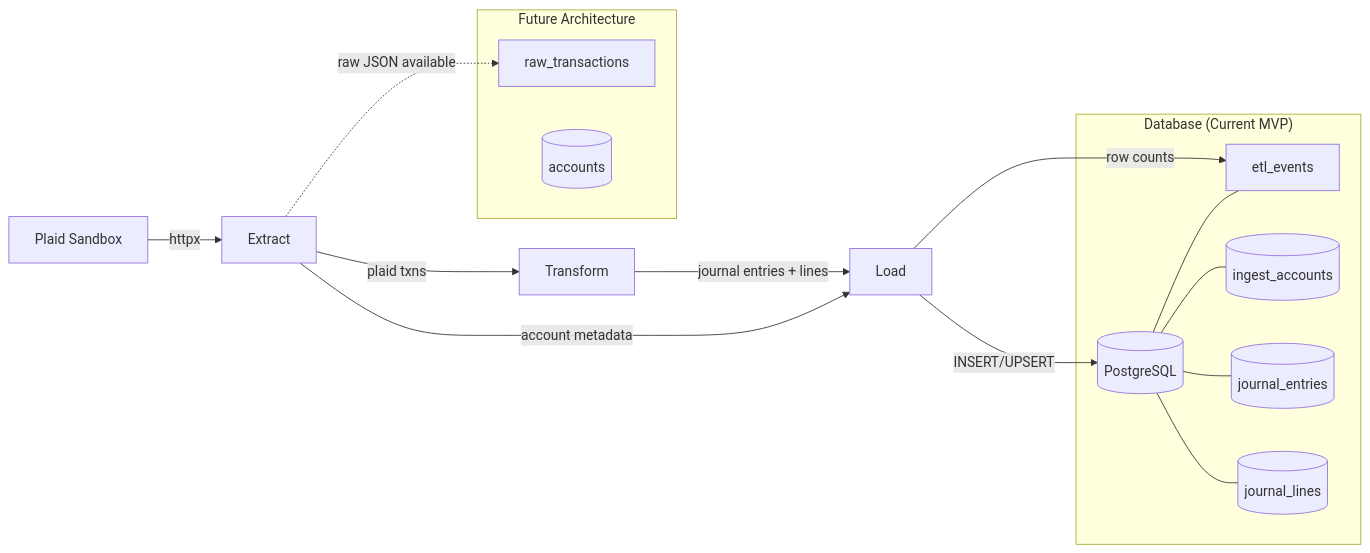
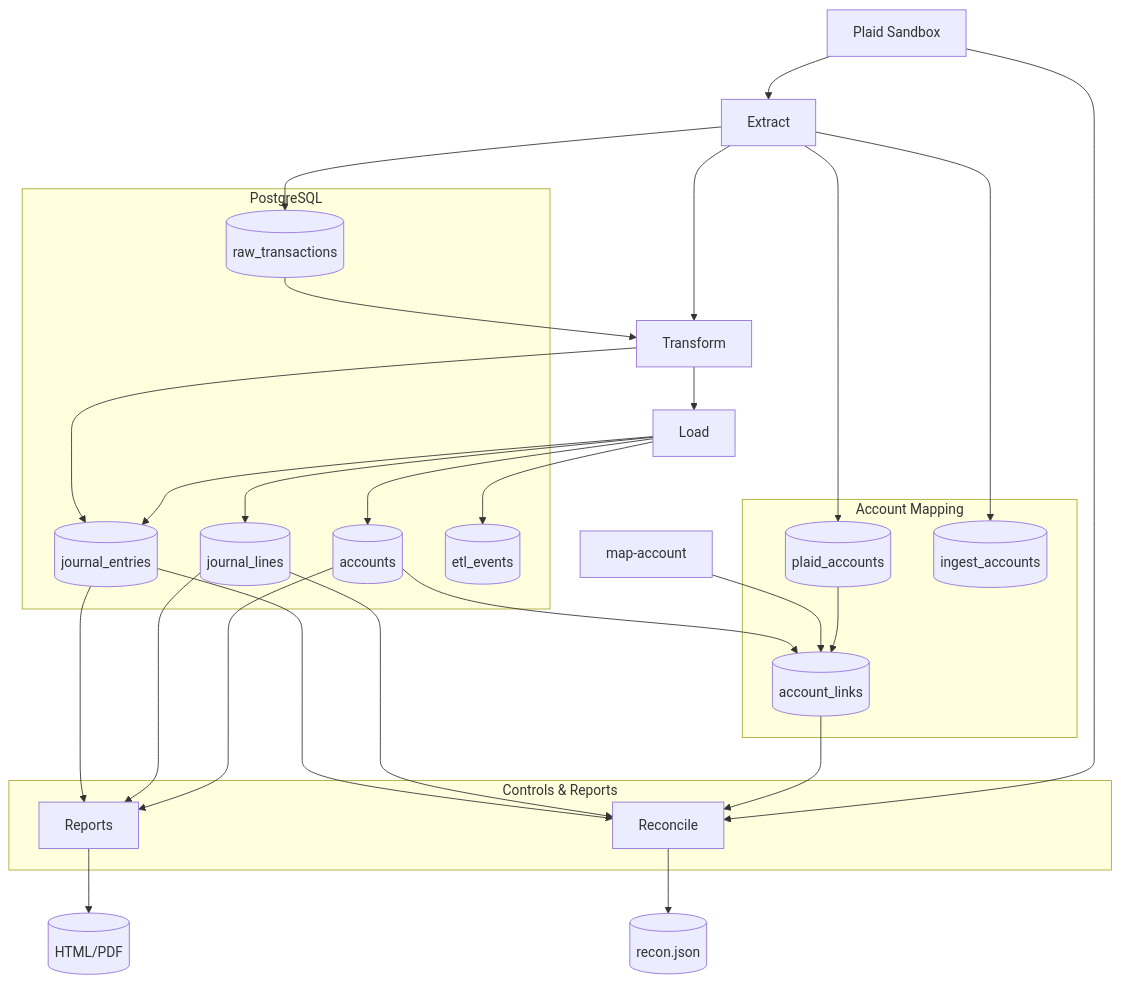
The diagram in docs/ARCHITECTURE.md (FT1006/plaid-ledger-recon), drawn with Mermaid before and after one commit. The commit also changed other lines of this file and 5 other files, not shown here.

First line of the commit message:
docs(m4): comprehensive architecture and workflow documentation [M4.L.docs.GREEN.comprehensive-docs]

````diff
--- a/docs/ARCHITECTURE.md
+++ b/docs/ARCHITECTURE.md
@@ -10,22 +13,56 @@
 ```mermaid
-flowchart LR
-  U[Plaid Sandbox] -->|httpx| X[Extract]
-  X -->|plaid txns| T[Transform]
-  T -->|journal entries + lines| L[Load]
-  L -->|INSERT/UPSERT| DB[(PostgreSQL)]
-  L -->|row counts| EVT[etl_events]
-  X -->|account metadata| L
-  X -.->|raw JSON available| RAW[raw_transactions]
+flowchart TB
+  U[Plaid Sandbox] --> E[Extract]
 
-  subgraph "Database (Current MVP)"
-  DB --- IACC[(ingest_accounts)]
-  DB --- JE[(journal_entries)]
-  DB --- JL[(journal_lines)]
-  DB --- EVT[etl_events]
+  subgraph DB [PostgreSQL]
+    RAW[(raw_transactions)]
+    ACC[(accounts)]
+    JE[(journal_entries)]
+    JL[(journal_lines)]
+    EVT[(etl_events)]
   end
   
-  subgraph "Future Architecture"
-  ACC[(accounts)]
-  RAW
+  subgraph MAP [Account Mapping]
+    PA[(plaid_accounts)]
+    AL[(account_links)]
+    IACC[(ingest_accounts)]
   end
+  
+  E --> PA
+  E --> IACC
+  E --> RAW
+
+
+  E --> T[Transform] 
+  T --> L[Load]
+  
+  T --> JE
+
+  L --> ACC
+  L --> JE
+  L --> JL
+  L --> EVT
+  
+  RAW --> T
+  
+  ACC --> AL
+  CLI[map-account] --> AL
+  PA --> AL
+  
+  subgraph CTRL [Controls & Reports]
+    R[Reconcile]
+    REP[Reports]
+  end
+  
+  JE --> R
+  JL --> R
+  AL --> R
+  U --> R
+  
+  JE --> REP
+  JL --> REP
+  ACC --> REP
+  
+  R --> OUT1[(recon.json)]
+  REP --> OUT2[(HTML/PDF)]
 ```
````
